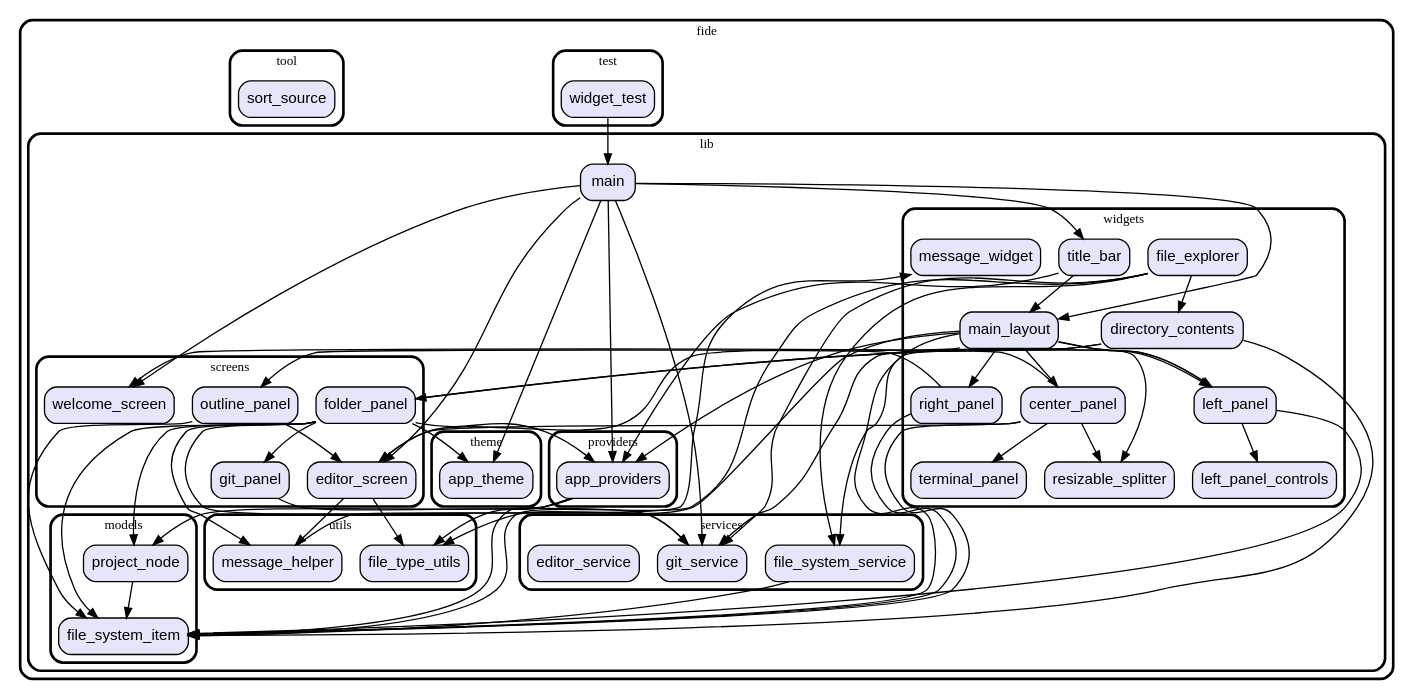
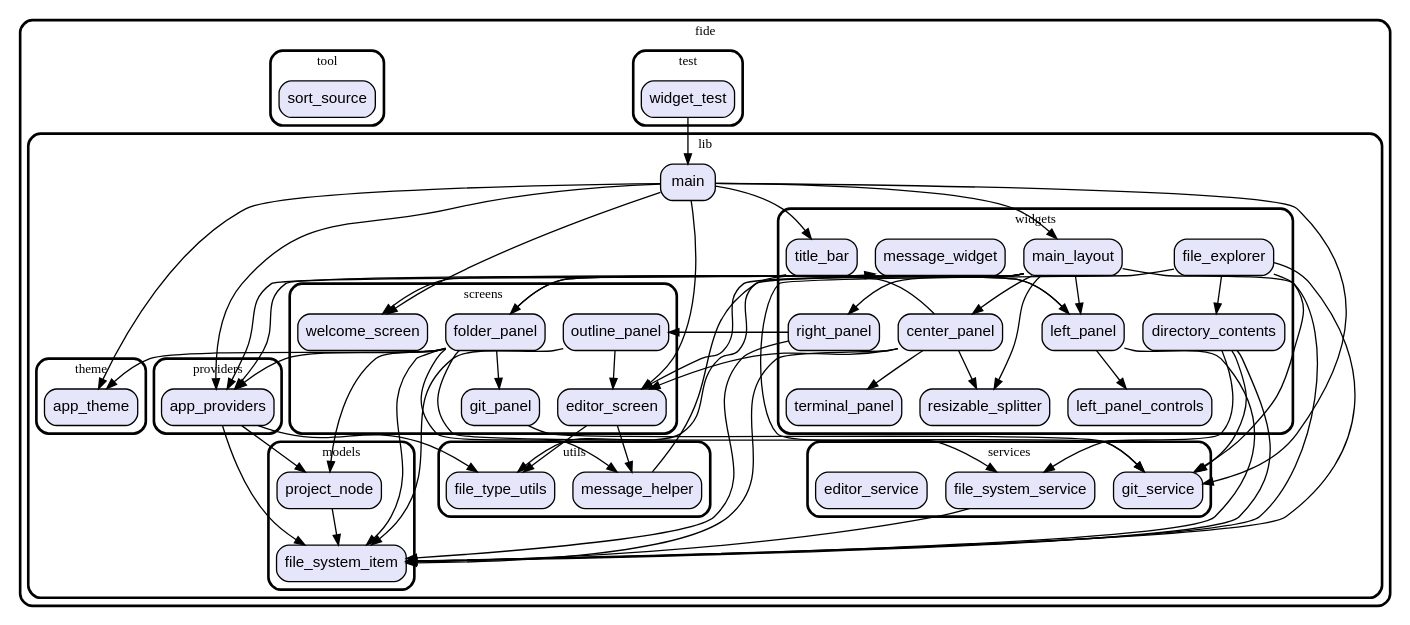
The diagram in graph.dot (vteam-com/FIDE), drawn with Graphviz before and after one commit. The commit also changed 5 other files, not shown here.

```diff
--- a/graph.dot
+++ b/graph.dot
@@ -1,148 +1,147 @@
 digraph "" {
   graph [style=rounded fontname="Arial Black" fontsize=13 penwidth=2.6];
   node [shape=rect style="filled,rounded" fontname=Arial fontsize=15 fillcolor=Lavender penwidth=1.3];
   edge [penwidth=1.3];
   "/test/widget_test.dart" [label="widget_test"];
   "/lib/providers/app_providers.dart" [label="app_providers"];
   "/lib/utils/message_helper.dart" [label="message_helper"];
   "/lib/utils/file_type_utils.dart" [label="file_type_utils"];
   "/lib/models/project_node.dart" [label="project_node"];
   "/lib/models/file_system_item.dart" [label="file_system_item"];
   "/lib/screens/git_panel.dart" [label="git_panel"];
   "/lib/screens/outline_panel.dart" [label="outline_panel"];
   "/lib/screens/folder_panel.dart" [label="folder_panel"];
   "/lib/screens/editor_screen.dart" [label="editor_screen"];
   "/lib/screens/welcome_screen.dart" [label="welcome_screen"];
   "/lib/main.dart" [label="main"];
   "/lib/theme/app_theme.dart" [label="app_theme"];
   "/lib/services/git_service.dart" [label="git_service"];
   "/lib/services/file_system_service.dart" [label="file_system_service"];
   "/lib/services/editor_service.dart" [label="editor_service"];
   "/lib/widgets/left_panel_controls.dart" [label="left_panel_controls"];
   "/lib/widgets/resizable_splitter.dart" [label="resizable_splitter"];
   "/lib/widgets/directory_contents.dart" [label="directory_contents"];
   "/lib/widgets/title_bar.dart" [label="title_bar"];
   "/lib/widgets/main_layout.dart" [label="main_layout"];
   "/lib/widgets/file_explorer.dart" [label="file_explorer"];
   "/lib/widgets/message_widget.dart" [label="message_widget"];
   "/lib/widgets/left_panel.dart" [label="left_panel"];
   "/lib/widgets/terminal_panel.dart" [label="terminal_panel"];
   "/lib/widgets/center_panel.dart" [label="center_panel"];
   "/lib/widgets/right_panel.dart" [label="right_panel"];
   "/tool/sort_source.dart" [label="sort_source"];
   subgraph "cluster~" {
     label="fide";
     subgraph "cluster~/test" {
       label="test";
       "/test/widget_test.dart";
     }
     subgraph "cluster~/lib" {
       label="lib";
       "/lib/main.dart";
       subgraph "cluster~/lib/providers" {
         label="providers";
         "/lib/providers/app_providers.dart";
       }
       subgraph "cluster~/lib/utils" {
         label="utils";
         "/lib/utils/message_helper.dart";
         "/lib/utils/file_type_utils.dart";
       }
       subgraph "cluster~/lib/models" {
         label="models";
         "/lib/models/project_node.dart";
         "/lib/models/file_system_item.dart";
       }
       subgraph "cluster~/lib/screens" {
         label="screens";
         "/lib/screens/git_panel.dart";
         "/lib/screens/outline_panel.dart";
         "/lib/screens/folder_panel.dart";
         "/lib/screens/editor_screen.dart";
         "/lib/screens/welcome_screen.dart";
       }
       subgraph "cluster~/lib/theme" {
         label="theme";
         "/lib/theme/app_theme.dart";
       }
       subgraph "cluster~/lib/services" {
         label="services";
         "/lib/services/git_service.dart";
         "/lib/services/file_system_service.dart";
         "/lib/services/editor_service.dart";
       }
       subgraph "cluster~/lib/widgets" {
         label="widgets";
         "/lib/widgets/left_panel_controls.dart";
         "/lib/widgets/resizable_splitter.dart";
         "/lib/widgets/directory_contents.dart";
         "/lib/widgets/title_bar.dart";
         "/lib/widgets/main_layout.dart";
         "/lib/widgets/file_explorer.dart";
         "/lib/widgets/message_widget.dart";
         "/lib/widgets/left_panel.dart";
         "/lib/widgets/terminal_panel.dart";
         "/lib/widgets/center_panel.dart";
         "/lib/widgets/right_panel.dart";
       }
     }
     subgraph "cluster~/tool" {
       label="tool";
       "/tool/sort_source.dart";
     }
   }
   "/test/widget_test.dart" -> "/lib/main.dart";
   "/lib/providers/app_providers.dart" -> "/lib/models/file_system_item.dart";
   "/lib/providers/app_providers.dart" -> "/lib/models/project_node.dart";
   "/lib/providers/app_providers.dart" -> "/lib/utils/file_type_utils.dart";
   "/lib/utils/message_helper.dart" -> "/lib/widgets/message_widget.dart";
   "/lib/models/project_node.dart" -> "/lib/models/file_system_item.dart";
   "/lib/screens/git_panel.dart" -> "/lib/services/git_service.dart";
   "/lib/screens/outline_panel.dart" -> "/lib/models/file_system_item.dart";
   "/lib/screens/outline_panel.dart" -> "/lib/screens/editor_screen.dart";
   "/lib/screens/folder_panel.dart" -> "/lib/models/project_node.dart";
   "/lib/screens/folder_panel.dart" -> "/lib/models/file_system_item.dart";
   "/lib/screens/folder_panel.dart" -> "/lib/services/git_service.dart";
   "/lib/screens/folder_panel.dart" -> "/lib/utils/message_helper.dart";
   "/lib/screens/folder_panel.dart" -> "/lib/screens/git_panel.dart";
   "/lib/screens/folder_panel.dart" -> "/lib/theme/app_theme.dart";
   "/lib/screens/folder_panel.dart" -> "/lib/widgets/left_panel.dart";
   "/lib/screens/folder_panel.dart" -> "/lib/providers/app_providers.dart";
   "/lib/screens/editor_screen.dart" -> "/lib/utils/message_helper.dart";
   "/lib/screens/editor_screen.dart" -> "/lib/utils/file_type_utils.dart";
   "/lib/main.dart" -> "/lib/providers/app_providers.dart";
   "/lib/main.dart" -> "/lib/widgets/main_layout.dart";
   "/lib/main.dart" -> "/lib/widgets/title_bar.dart";
   "/lib/main.dart" -> "/lib/screens/editor_screen.dart";
   "/lib/main.dart" -> "/lib/screens/welcome_screen.dart";
   "/lib/main.dart" -> "/lib/services/git_service.dart";
   "/lib/main.dart" -> "/lib/theme/app_theme.dart";
   "/lib/services/file_system_service.dart" -> "/lib/models/file_system_item.dart";
   "/lib/widgets/directory_contents.dart" -> "/lib/services/file_system_service.dart";
   "/lib/widgets/directory_contents.dart" -> "/lib/services/git_service.dart";
   "/lib/widgets/directory_contents.dart" -> "/lib/models/file_system_item.dart";
   "/lib/widgets/title_bar.dart" -> "/lib/providers/app_providers.dart";
-  "/lib/widgets/title_bar.dart" -> "/lib/widgets/main_layout.dart";
   "/lib/widgets/main_layout.dart" -> "/lib/screens/editor_screen.dart";
   "/lib/widgets/main_layout.dart" -> "/lib/providers/app_providers.dart";
   "/lib/widgets/main_layout.dart" -> "/lib/models/file_system_item.dart";
   "/lib/widgets/main_layout.dart" -> "/lib/utils/file_type_utils.dart";
   "/lib/widgets/main_layout.dart" -> "/lib/widgets/resizable_splitter.dart";
   "/lib/widgets/main_layout.dart" -> "/lib/widgets/left_panel.dart";
   "/lib/widgets/main_layout.dart" -> "/lib/widgets/center_panel.dart";
   "/lib/widgets/main_layout.dart" -> "/lib/widgets/right_panel.dart";
   "/lib/widgets/file_explorer.dart" -> "/lib/services/file_system_service.dart";
   "/lib/widgets/file_explorer.dart" -> "/lib/services/git_service.dart";
   "/lib/widgets/file_explorer.dart" -> "/lib/models/file_system_item.dart";
   "/lib/widgets/file_explorer.dart" -> "/lib/widgets/directory_contents.dart";
   "/lib/widgets/left_panel.dart" -> "/lib/screens/folder_panel.dart";
   "/lib/widgets/left_panel.dart" -> "/lib/widgets/left_panel_controls.dart";
   "/lib/widgets/left_panel.dart" -> "/lib/models/file_system_item.dart";
   "/lib/widgets/center_panel.dart" -> "/lib/screens/welcome_screen.dart";
   "/lib/widgets/center_panel.dart" -> "/lib/screens/editor_screen.dart";
   "/lib/widgets/center_panel.dart" -> "/lib/widgets/terminal_panel.dart";
   "/lib/widgets/center_panel.dart" -> "/lib/widgets/resizable_splitter.dart";
   "/lib/widgets/center_panel.dart" -> "/lib/models/file_system_item.dart";
   "/lib/widgets/right_panel.dart" -> "/lib/screens/outline_panel.dart";
   "/lib/widgets/right_panel.dart" -> "/lib/models/file_system_item.dart";
 }
```
